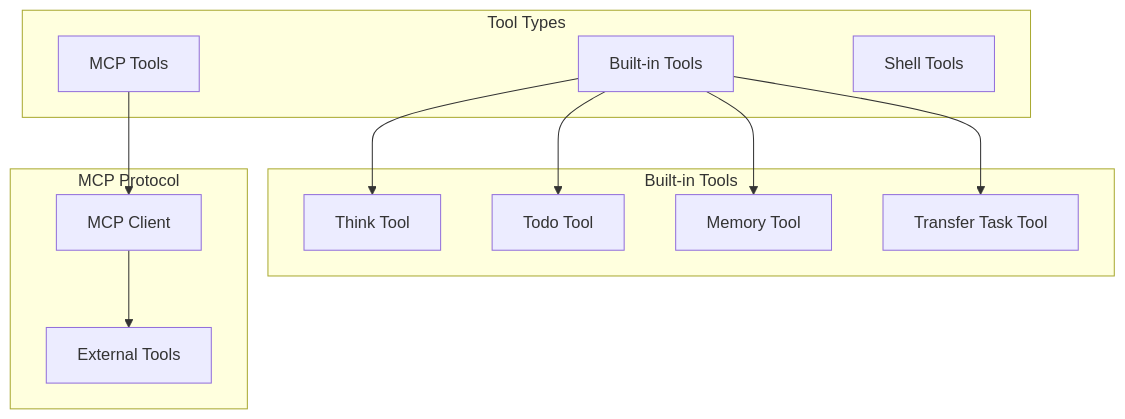
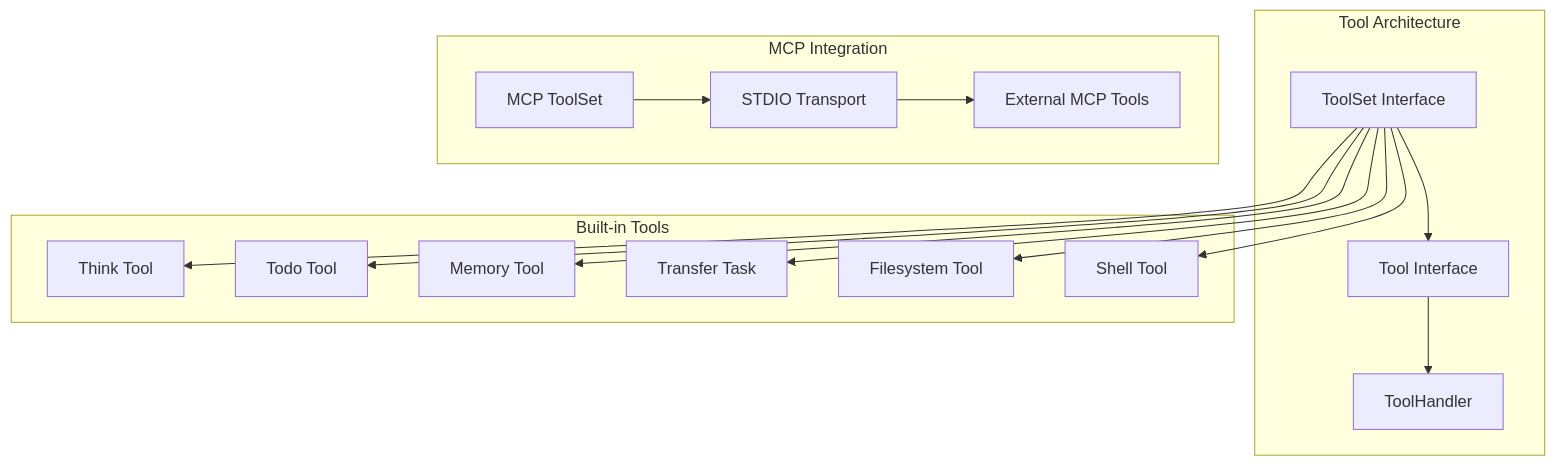
One commit to vvoland/cagent changed the sixth of 12 diagrams in docs/architecture.md. Above: the diagram before and after it, drawn with Mermaid. The commit also changed other lines of this file, not shown here.

Commit message:
Update architecture docs

````diff
--- a/docs/architecture.md
+++ b/docs/architecture.md
@@ -285,28 +346,36 @@
 ```mermaid
 graph TB
-    subgraph "Tool Types"
-        BUILTIN[Built-in Tools]
-        MCP_TOOLS[MCP Tools]
-        SHELL_TOOLS[Shell Tools]
+    subgraph "Tool Architecture"
+        TOOLSET[ToolSet Interface]
+        TOOL[Tool Interface]
+        HANDLER[ToolHandler]
     end
 
-    subgraph "Built-in Tools"
+    subgraph "Built-in Tools" 
         THINK[Think Tool]
         TODO[Todo Tool]
         MEMORY[Memory Tool]
-        TRANSFER[Transfer Task Tool]
+        TRANSFER[Transfer Task]
+        FILESYSTEM[Filesystem Tool]
+        SHELL[Shell Tool]
     end
 
-    subgraph "MCP Protocol"
-        MCP_CLIENT[MCP Client]
-        EXTERNAL_TOOLS[External Tools]
+    subgraph "MCP Integration"
+        MCP_TOOLSET[MCP ToolSet]
+        STDIO[STDIO Transport]
+        EXTERNAL[External MCP Tools]
     end
 
-    BUILTIN --> THINK
-    BUILTIN --> TODO
-    BUILTIN --> MEMORY
-    BUILTIN --> TRANSFER
+    TOOLSET --> TOOL
+    TOOL --> HANDLER
 
-    MCP_TOOLS --> MCP_CLIENT
-    MCP_CLIENT --> EXTERNAL_TOOLS
+    TOOLSET --> THINK
+    TOOLSET --> TODO
+    TOOLSET --> MEMORY
+    TOOLSET --> TRANSFER
+    TOOLSET --> FILESYSTEM
+    TOOLSET --> SHELL
+
+    MCP_TOOLSET --> STDIO
+    STDIO --> EXTERNAL
 ```
````
